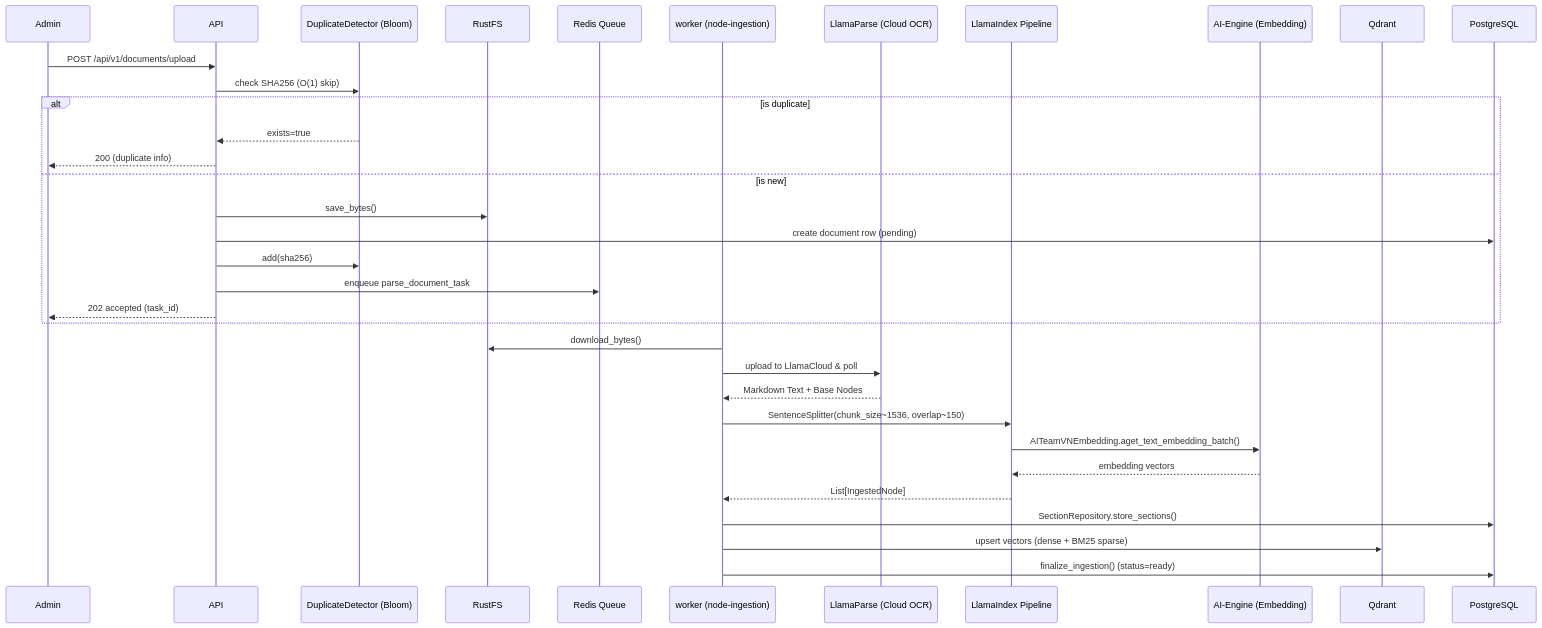
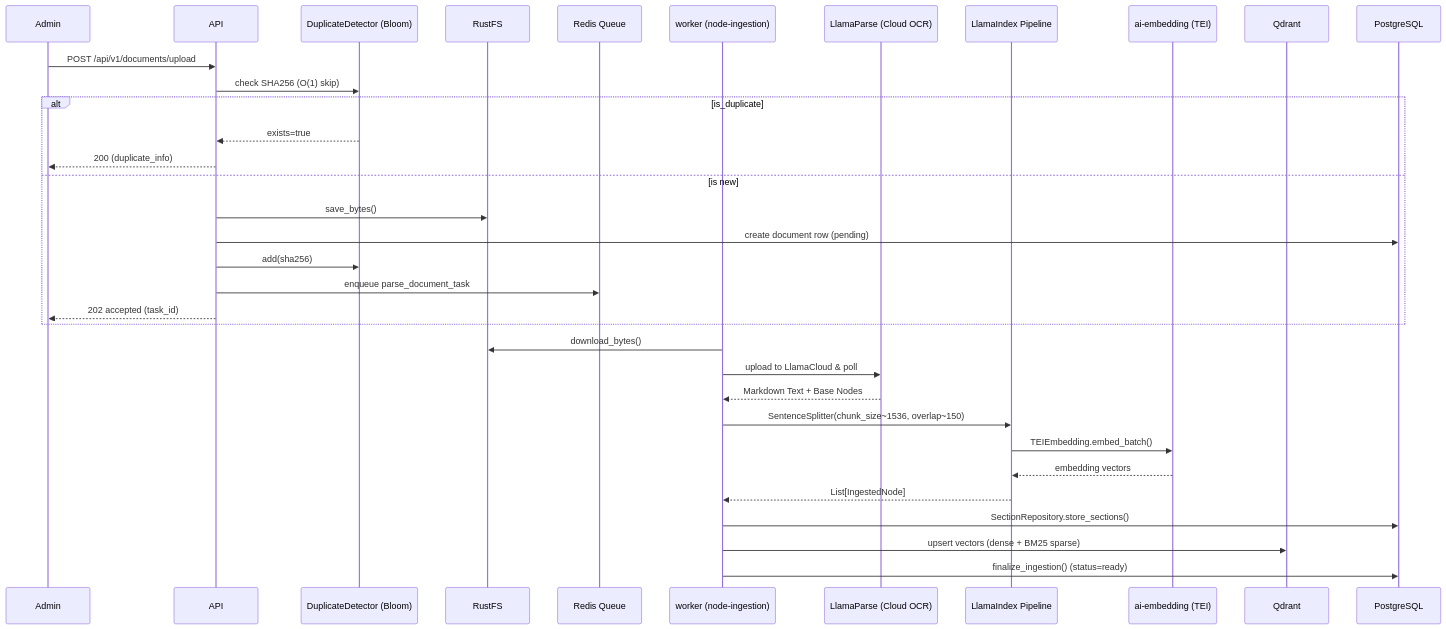
One commit to qtuanph/chatbot-rag changed the first of 2 diagrams in docs/2.1_WORKFLOWS_INGESTION.md. Above: the diagram before and after it, drawn with Mermaid. The commit also changed other lines of this file and 49 other files, not shown here.

````diff
--- a/docs/2.1_WORKFLOWS_INGESTION.md
+++ b/docs/2.1_WORKFLOWS_INGESTION.md
@@ -5,38 +5,38 @@
 ```mermaid
 sequenceDiagram
     participant Admin
     participant API
     participant Bloom as DuplicateDetector (Bloom)
     participant Storage as RustFS
     participant Queue as Redis Queue
     participant Worker as worker (node-ingestion)
     participant Parser as LlamaParse (Cloud OCR)
     participant Llamaindex as LlamaIndex Pipeline
-    participant AIEngine as AI-Engine (Embedding)
+    participant AIEmbed as ai-embedding (TEI)
     participant Qdrant
     participant DB as PostgreSQL
 
     Admin->>API: POST /api/v1/documents/upload
     API->>Bloom: check SHA256 (O(1) skip)
-    alt is duplicate
+    alt is_duplicate
         Bloom-->>API: exists=true
-        API-->>Admin: 200 (duplicate info)
+        API-->>Admin: 200 (duplicate_info)
     else is new
         API->>Storage: save_bytes()
         API->>DB: create document row (pending)
         API->>Bloom: add(sha256)
         API->>Queue: enqueue parse_document_task
         API-->>Admin: 202 accepted (task_id)
     end
 
     Worker->>Storage: download_bytes()
     Worker->>Parser: upload to LlamaCloud & poll
     Parser-->>Worker: Markdown Text + Base Nodes
     Worker->>Llamaindex: SentenceSplitter(chunk_size~1536, overlap~150)
-    Llamaindex->>AIEngine: AITeamVNEmbedding.aget_text_embedding_batch()
-    AIEngine-->>Llamaindex: embedding vectors
+    Llamaindex->>AIEmbed: TEIEmbedding.embed_batch()
+    AIEmbed-->>Llamaindex: embedding vectors
     Llamaindex-->>Worker: List[IngestedNode]
     Worker->>DB: SectionRepository.store_sections()
     Worker->>Qdrant: upsert vectors (dense + BM25 sparse)
     Worker->>DB: finalize_ingestion() (status=ready)
 ```
````
